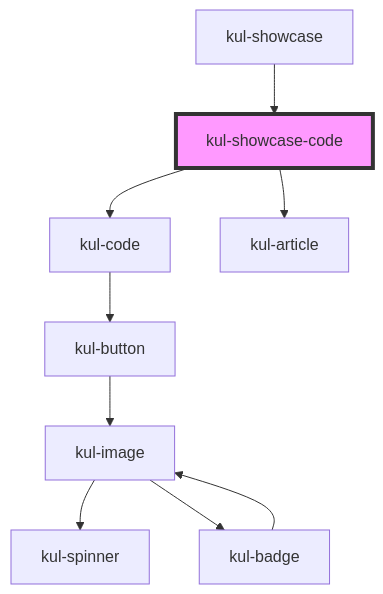
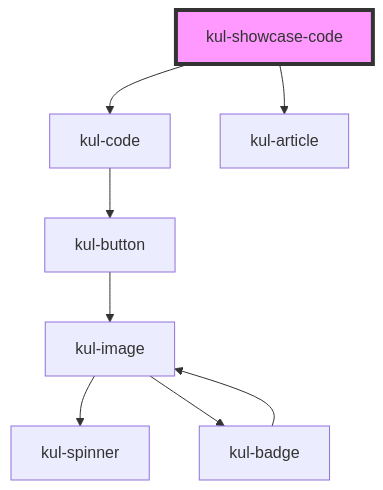
The diagram in packages/ketchup-lite/src/components/kul-showcase/components/code/readme.md (smeup/ketchup), drawn with Mermaid before and after one commit. The commit also changed other lines of this file and 25 other files, not shown here.

````diff
--- a/packages/ketchup-lite/src/components/kul-showcase/components/code/readme.md
+++ b/packages/ketchup-lite/src/components/kul-showcase/components/code/readme.md
@@ -31,12 +27,11 @@
 ```mermaid
 graph TD;
   kul-showcase-code --> kul-code
   kul-showcase-code --> kul-article
   kul-code --> kul-button
   kul-button --> kul-image
   kul-image --> kul-spinner
   kul-image --> kul-badge
   kul-badge --> kul-image
-  kul-showcase --> kul-showcase-code
   style kul-showcase-code fill:#f9f,stroke:#333,stroke-width:4px
 ```
````
